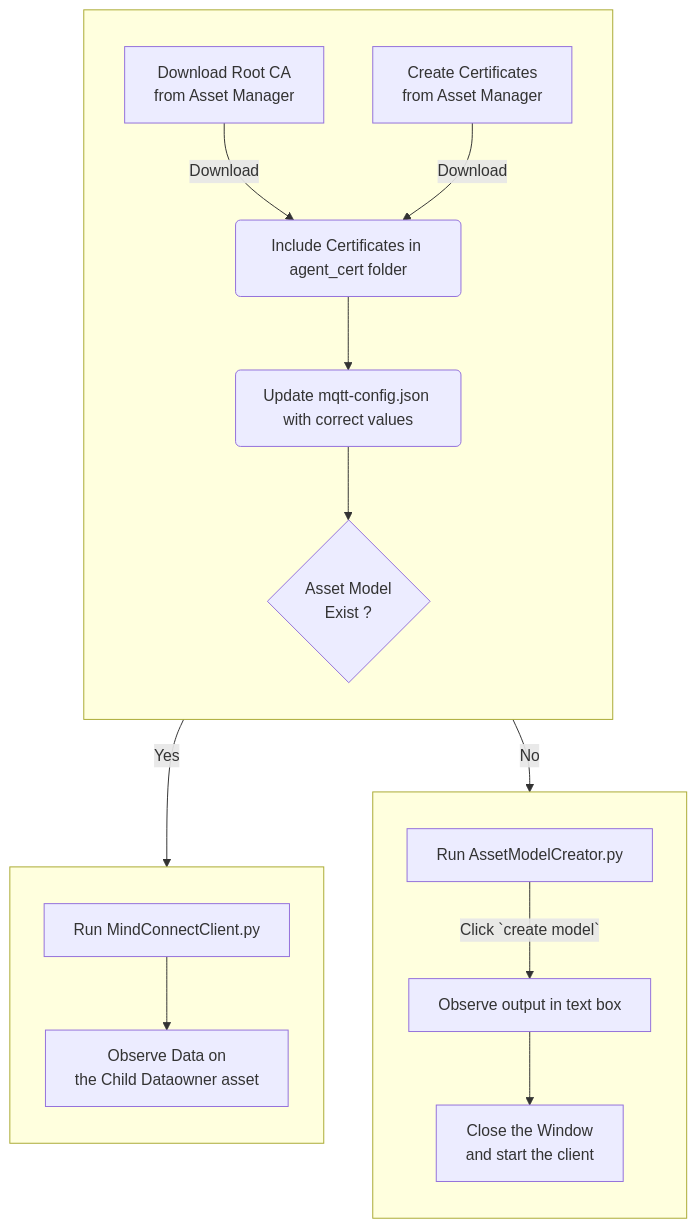
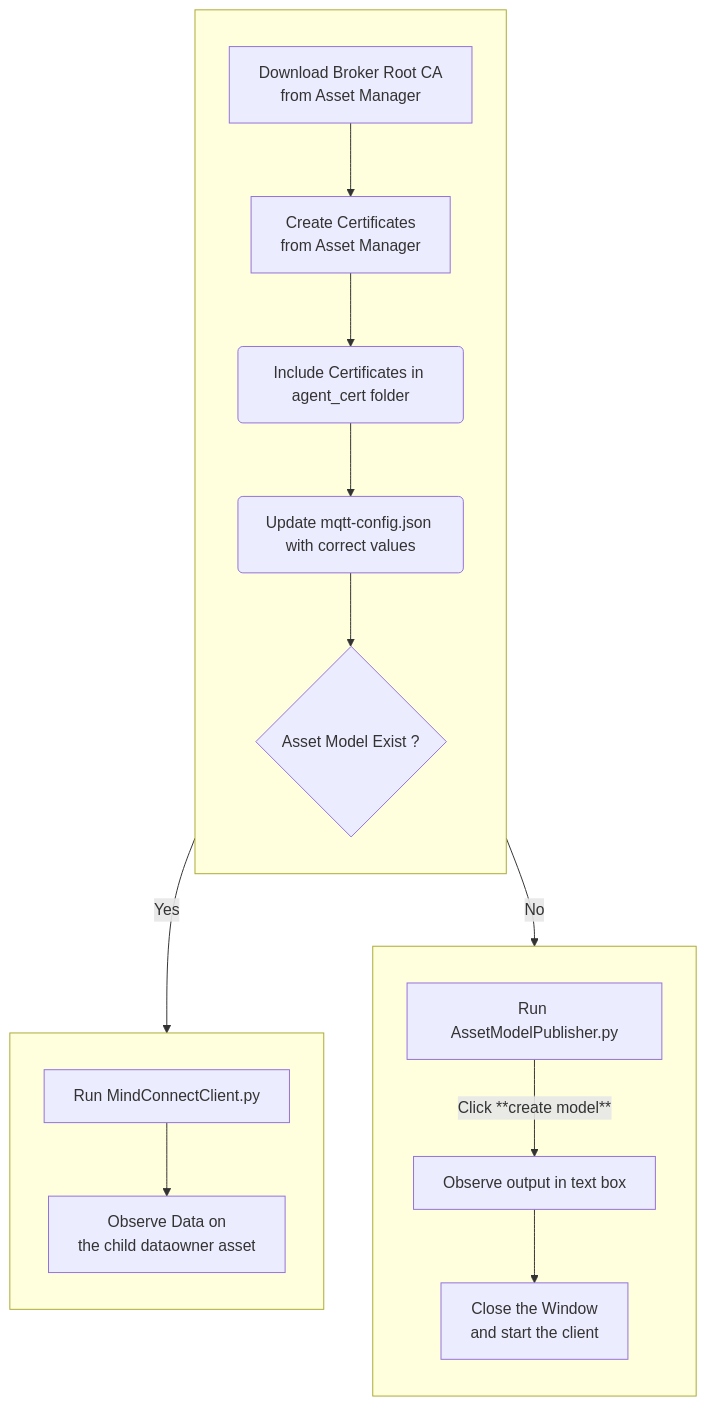
Before and after one commit to mindsphere/mindconnect-mqtt: the diagram in README.md, drawn with Mermaid. The commit also changed other lines of this file and 2 other files, not shown here.

````diff
--- a/README.md
+++ b/README.md
@@ -16,23 +16,23 @@
 ```mermaid
 flowchart TD
     subgraph Z[" "]
     direction TB
-    J[Download Root CA \nfrom Asset Manager] -->|Download|B
-    A[Create Certificates \nfrom Asset Manager] -->|Download| B(Include Certificates in agent_cert folder)
+    J[Download Broker Root CA\nfrom Asset Manager] -->A
+    A[Create Certificates \nfrom Asset Manager] -->B(Include Certificates in agent_cert folder)
     B --> C(Update mqtt-config.json with correct values)
-    C--> D{Asset Model \n Exist ?}
+    C--> D{Asset Model Exist ?}
     end
     subgraph X[" "]
     direction TB
-    D -->|No| E[Run AssetModelCreator.py]
-    E -->|Click `create model`| G[Observe output in text box]
+    D -->|No| E[Run AssetModelPublisher.py]
+    E -->|Click **create model**| G[Observe output in text box]
     G --> H[Close the Window \n and start the client]
     
     end
     subgraph Y[" "]
     direction TB
     D -->|Yes| F[Run MindConnectClient.py]
-    F --> I[Observe Data on \nthe Child Dataowner asset]
+    F --> I[Observe Data on \nthe child dataowner asset]
     end
     
 ```
````
